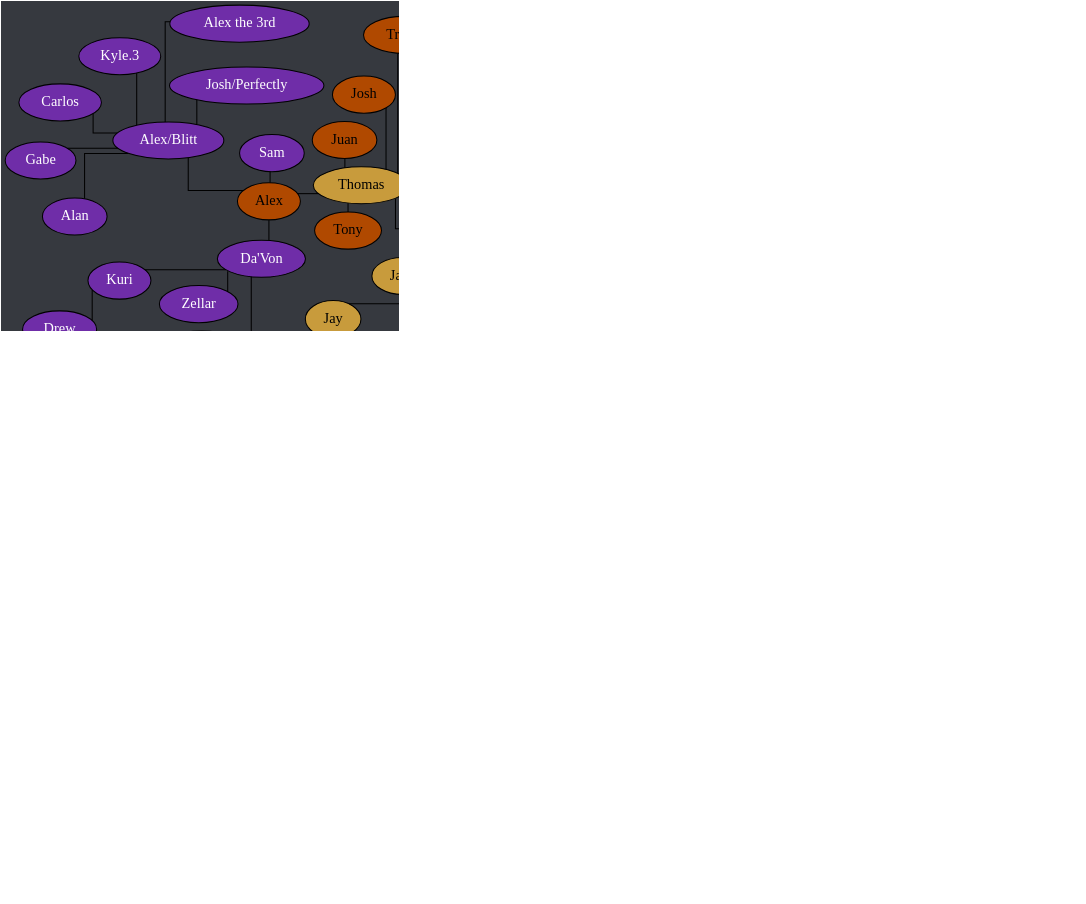
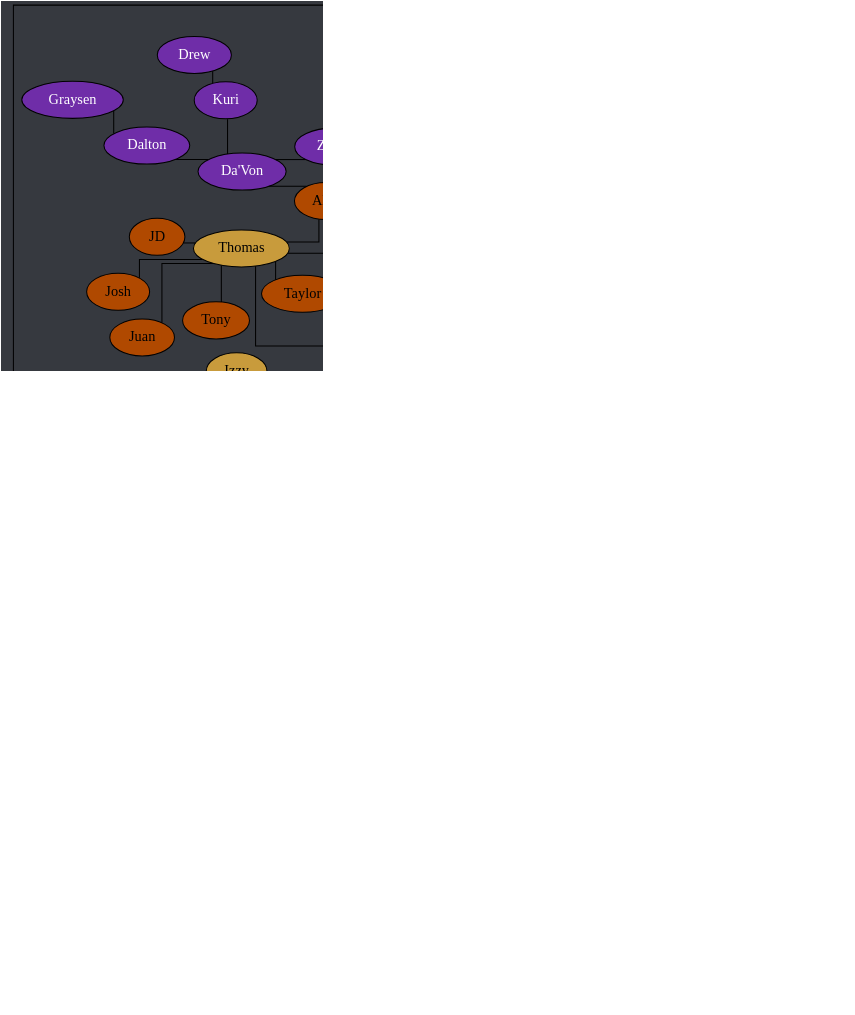
One commit to Documidas/CoronaCatzFamilyTree changed the diagram in tree.dot. Above: the diagram before and after it, drawn with Graphviz.

Commit message:
Switch Ali to Ali.1/Ali.2

```diff
--- a/tree.dot
+++ b/tree.dot
@@ -1,157 +1,157 @@
 strict graph {
 	// Layout Configuration
 	layout = neato;
 	dpi = 200;
 	epsilon = 0.01;
 	mode = major;
 	model = subset;
 	overlap = false;
 	splines = ortho;
 	start = rand;
 
 	// Visual Configuration
 	graph [ truecolor=true bgcolor="#36393f" ];
 	node [ style=filled fillcolor="gray" fontcolor="black" ];
 
 	subgraph "Joel" {
 		node [ style=filled fillcolor="firebrick4" fontcolor="white" ];
 		Joel [ style=filled fillcolor="gold" fontcolor="black" ];
 
-		Cayla -- Ali;
+		Cayla -- "Ali.2";
 		Cayla -- Jonathan;
 		Cayla -- Kate;
 		Cayla -- Ranger;
 		Joel -- Anders;
 		Joel -- Cayla;
 		Joel -- Conner;
 		Joel -- Jared;
 		Joel -- Kat;
 		Joel -- Patrick;
 		Joel -- Steven;
 		Joel -- Zach;
 	}
 
 	subgraph "Anders" {
 		node [ style=filled fillcolor="green4" fontcolor="white" ];
 		// Anders [ style=filled fillcolor="green4" fontcolor="white" ];
 
 		Anders -- Chiara;
 		Anders -- Cody;
 		Anders -- Daniel;
 		Anders -- "Derek/Yaupon";
 		Anders -- DJ;
 		Anders -- Hahnur;
 		Anders -- Jen;
 		Anders -- Matt;
 		Anders -- Solis;
 		Anders -- Will;
 		Anders -- Wyatt;
 	}
 
 	subgraph "Jared" {
 		node [ style=filled fillcolor="royalblue" fontcolor="black" ];
 		// Jared [ style=filled fillcolor="royalblue" fontcolor="black" ];
 
 		Andrew -- Hannah;
 		Dave -- Everett;
 		Donnie -- Bryan;
 		Donnie -- Michael;
-		Greg -- Ali;
+		Greg -- "Ali.1";
 		Greg -- Andrew;
 		Hannah -- Logan;
 		Isaiah -- "Jack.2";
 		Jared -- Brandi;
 		Jared -- Dave;
 		Jared -- Donnie;
 		Jared -- Fabi;
 		Jared -- Greg;
 		Jared -- Isabelle;
 		Jared -- Mason;
 		Jared -- Nam;
 		Jared -- Rin;
 		Jared -- Spencer;
 		Jared -- Tyler;
 		Jared -- "Zach/Laniakea";
 		Jared -- "Zöe";
 		Logan -- Raana;
 		Michael -- Troy;
 		Rin -- Isaiah;
 		Tyler -- America;
 		Tyler -- Gaby;
 		Troy -- Drake;
 		Troy -- Klein;
 	}
 
 	subgraph "Zach/Laniakea" {
 		node [ style=filled fillcolor="#4eff2c" fontcolor="black" ];
 		// "Zach/Laniakea" [ style=filled fillcolor="#4eff2c" fontcolor="black" ];
 
 		"Caio.2" -- "Kyle.1";
 		"Caio.2" -- Lucas;
 		"Zach/Laniakea" -- Allen;
 		"Zach/Laniakea" -- "Caio.2";
 		"Zach/Laniakea" -- Colin;
 		"Zach/Laniakea" -- John;
 		"Zach/Laniakea" -- "Kyle.0";
 		"Zach/Laniakea" -- Mike;
 		"Zach/Laniakea" -- Ryan;
 	}
 
 	subgraph "John" {
 		node [ style=filled fillcolor="#c89b3c" fontcolor="black" ];
 		// John [ style=filled fillcolor="#c89b3c" fontcolor="black" ];
 
 		Haber -- "Derek/Nomad";
 		John -- Anna;
 		John -- Emily;
 		John -- Haber;
 		John -- Jay;
 		John -- Jack;
 		John -- Lara;
 		John -- Monarch;
 		John -- "Oliger/Leanza";
 		John -- Thomas;
 	}
 
 	subgraph "John-stream" {
 		// node [ style=filled fillcolor="#9147ff" fontcolor="black" ];
 		node [ style=filled fillcolor="#c89b3c" fontcolor="black" ];
 
 		John -- Izzy;
 		John -- "Michael/Wheezy";
 		John -- Robby;
 	}
 
 	subgraph "Thomas" {
 		node [ style=filled fillcolor="#b04900" fontcolor="black" ];
 		// Thomas [ style=filled fillcolor="#b04900" fontcolor="black" ];
 
 		Thomas -- Alex;
 		Thomas -- JD;
 		Thomas -- Josh;
 		Thomas -- Juan;
 		Thomas -- Taylor;
 		Thomas -- Tony;
 		Thomas -- Travis;
 	}
 
 	subgraph "Alex" {
 		node [ style=filled fillcolor="#6f2da8" fontcolor="white" ];
 		// Alex [ style=filled fillcolor="#6f2da8" fontcolor="black" ];
 
 		Alex -- "Alex/Blitt";
 		Alex -- "Da'Von";
 		Alex -- Sam;
 		"Alex/Blitt" -- Alan;
 		"Alex/Blitt" -- "Alex the 3rd";
 		"Alex/Blitt" -- Carlos;
 		"Alex/Blitt" -- Gabe;
 		"Alex/Blitt" -- "Kyle.3";
 		"Alex/Blitt" -- "Josh/Perfectly";
 		"Da'Von" -- Dalton;
 		"Da'Von" -- Kuri;
 		"Da'Von" -- Zellar;
 		Dalton -- Graysen;
 		Kuri -- Drew;
 	}
 }
```
